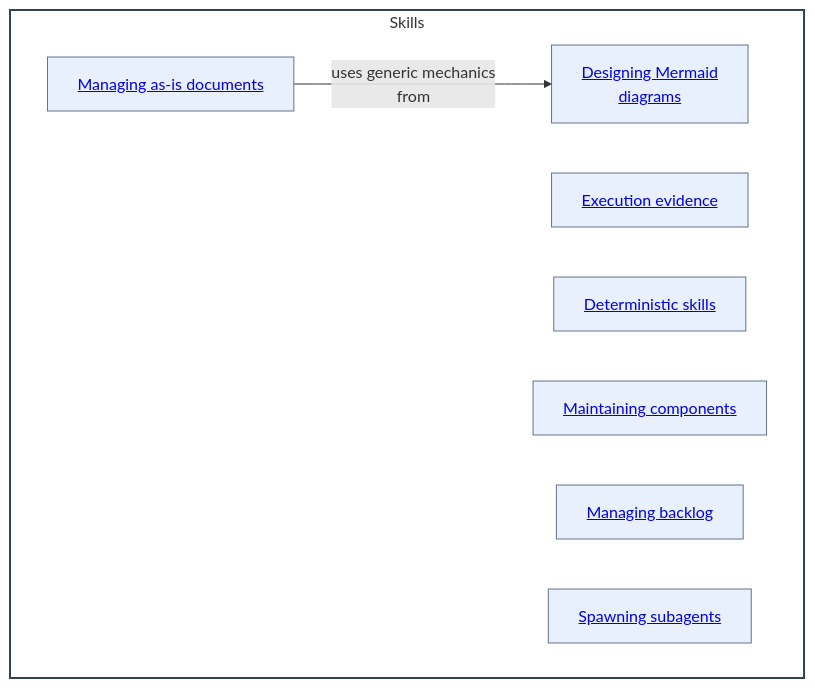
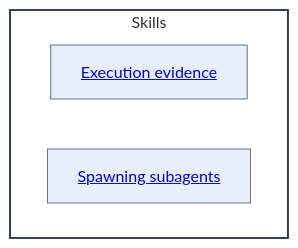
Before and after one commit to abstract-business-systems/as-is: the diagram in skills/as-is.md, drawn with Mermaid. The commit also changed other lines of this file and 29 other files, not shown here.

````diff
--- a/skills/as-is.md
+++ b/skills/as-is.md
@@ -61,21 +56,14 @@
 ```mermaid
 %%{init: {"securityLevel": "loose"}}%%
 flowchart LR
     subgraph Skills["Skills"]
         direction LR
-        ManagingAsIs["<a href='./managing-as-is-document/as-is.md#design'>Managing as-is documents</a>"]
         ExecutionEvidence["<a href='./exploring-execution-evidence/as-is.md#design'>Execution evidence</a>"]
-        MermaidDesign["<a href='./designing-mermaid-diagrams/as-is.md#design'>Designing Mermaid<br/>diagrams</a>"]
-        DeterministicSkills["<a href='./deterministic-skills/as-is.md#design'>Deterministic skills</a>"]
-        MaintainingComponents["<a href='./maintaining-components/as-is.md#design'>Maintaining components</a>"]
-        ManagingBacklog["<a href='./managing-backlog/as-is.md#design'>Managing backlog</a>"]
         SpawningSubagents["<a href='./spawning-pi-subagents/as-is.md#design'>Spawning subagents</a>"]
-
-        ManagingAsIs -->|uses generic mechanics<br/>from| MermaidDesign
 
     end
     classDef component fill:#f8fafc,fill-opacity:0.1,stroke:#334155,stroke-width:2px
     classDef child fill:#2563eb,fill-opacity:0.1,stroke:#64748b,stroke-width:1px
     class Skills component
-    class ManagingAsIs,ExecutionEvidence,MermaidDesign,MaintainingComponents,DeterministicSkills,ManagingBacklog,SpawningSubagents child
+    class ExecutionEvidence,SpawningSubagents child
 ```
````
